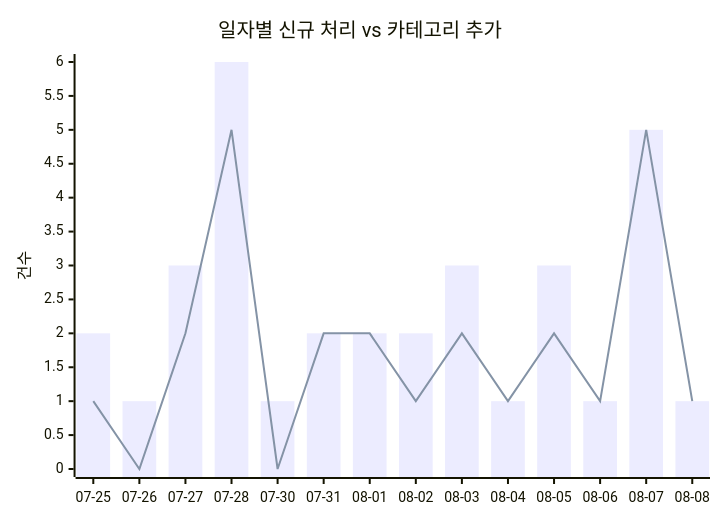
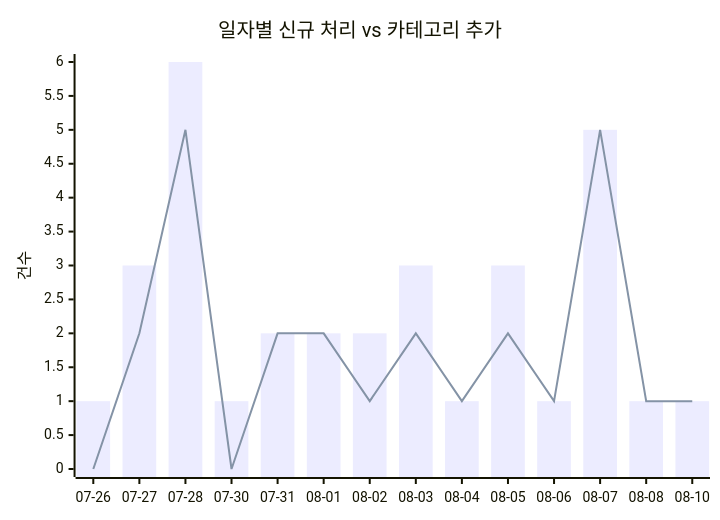
The first of 2 diagrams in docs/trends.md (J-nowcow/awesome-korean-agent-skills), drawn with Mermaid before and after one commit. The commit also changed other lines of this file and 4 other files, not shown here.

````diff
--- a/docs/trends.md
+++ b/docs/trends.md
@@ -32,8 +32,8 @@
 ```mermaid
 xychart-beta
     title "일자별 신규 처리 vs 카테고리 추가"
-    x-axis ["07-25","07-26","07-27","07-28","07-30","07-31","08-01","08-02","08-03","08-04","08-05","08-06","08-07","08-08"]
+    x-axis ["07-26","07-27","07-28","07-30","07-31","08-01","08-02","08-03","08-04","08-05","08-06","08-07","08-08","08-10"]
     y-axis "건수"
-    bar [2,1,3,6,1,2,2,2,3,1,3,1,5,1]
-    line [1,0,2,5,0,2,2,1,2,1,2,1,5,1]
+    bar [1,3,6,1,2,2,2,3,1,3,1,5,1,1]
+    line [0,2,5,0,2,2,1,2,1,2,1,5,1,1]
 ```
````
